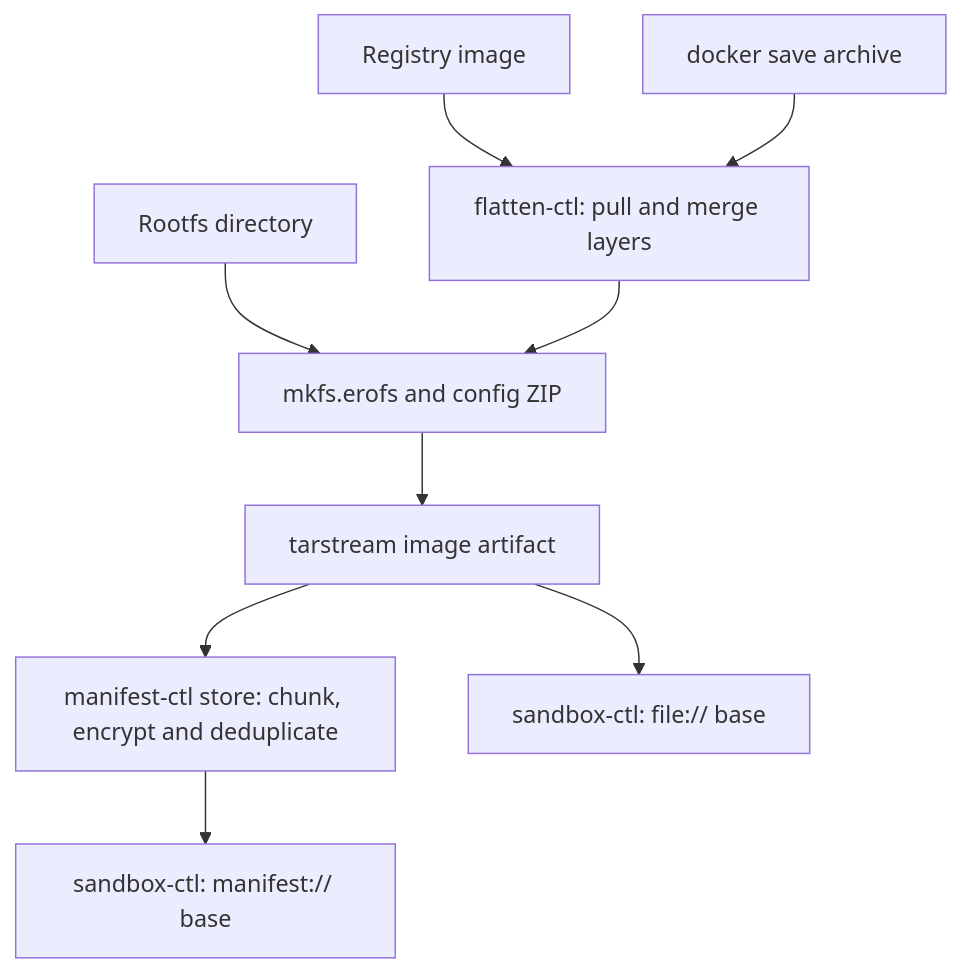
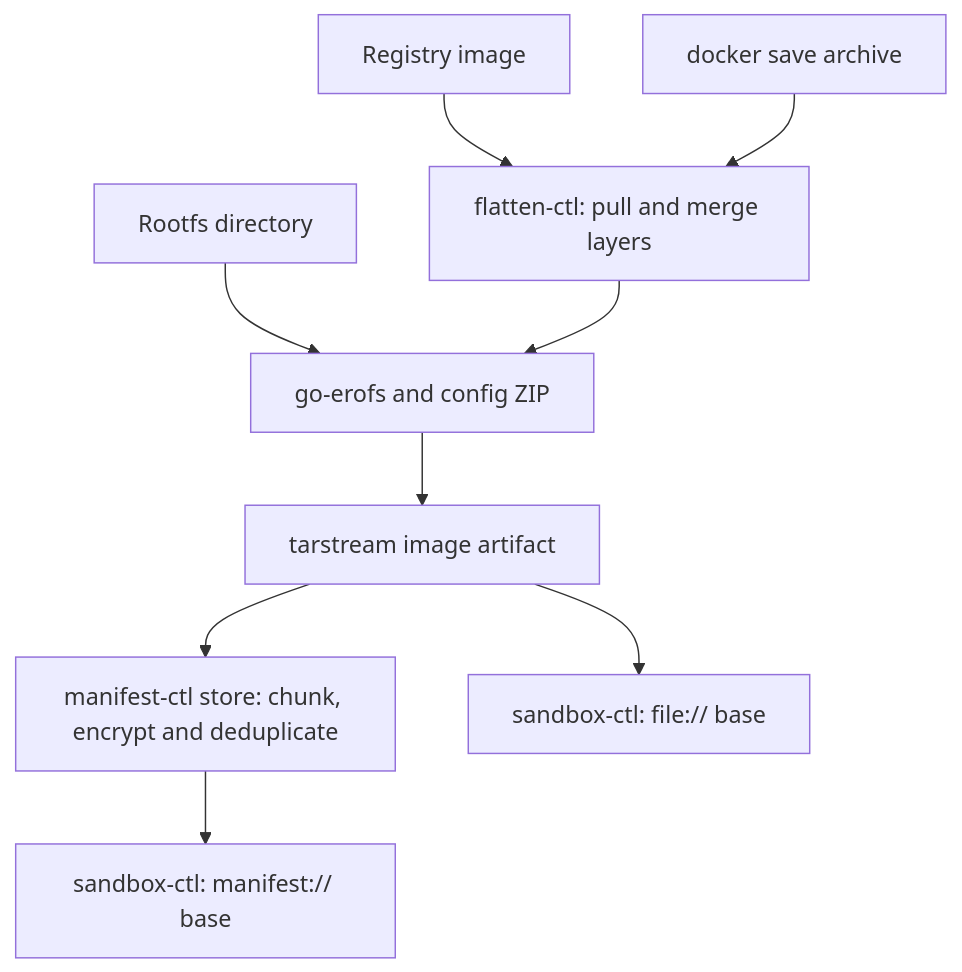
Before and after one commit to fullof-work/guest-runtime-contrib: the diagram in docs/flatten.md, drawn with Mermaid. The commit also changed other lines of this file and 28 other files, not shown here.

````diff
--- a/docs/flatten.md
+++ b/docs/flatten.md
@@ -35,11 +35,11 @@
 ```mermaid
 flowchart TD
   R["Registry image"] --> F["flatten-ctl: pull and merge layers"]
   A["docker save archive"] --> F
-  D["Rootfs directory"] --> E["mkfs.erofs and config ZIP"]
+  D["Rootfs directory"] --> E["go-erofs and config ZIP"]
   F --> E
   E --> T["tarstream image artifact"]
   T --> M["manifest-ctl store: chunk, encrypt and deduplicate"]
   T --> S["sandbox-ctl: file:// base"]
   M --> B["sandbox-ctl: manifest:// base"]
 ```
````
